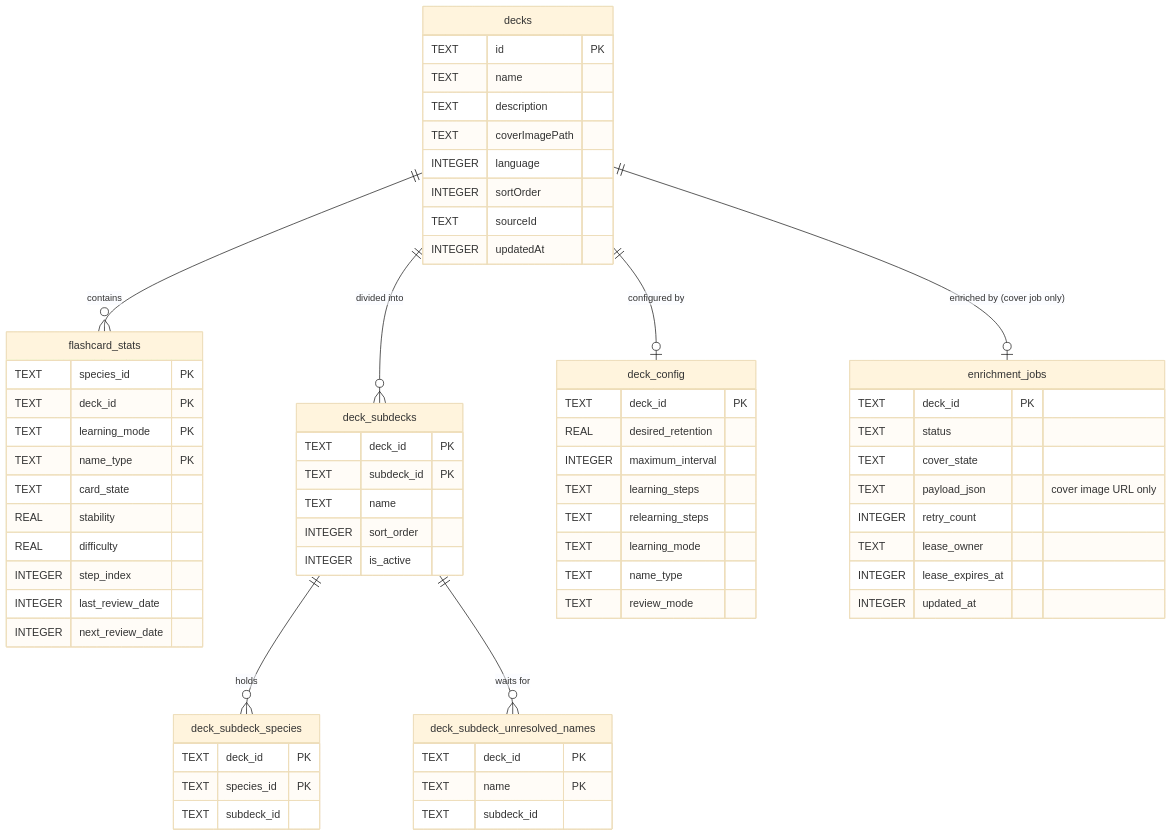
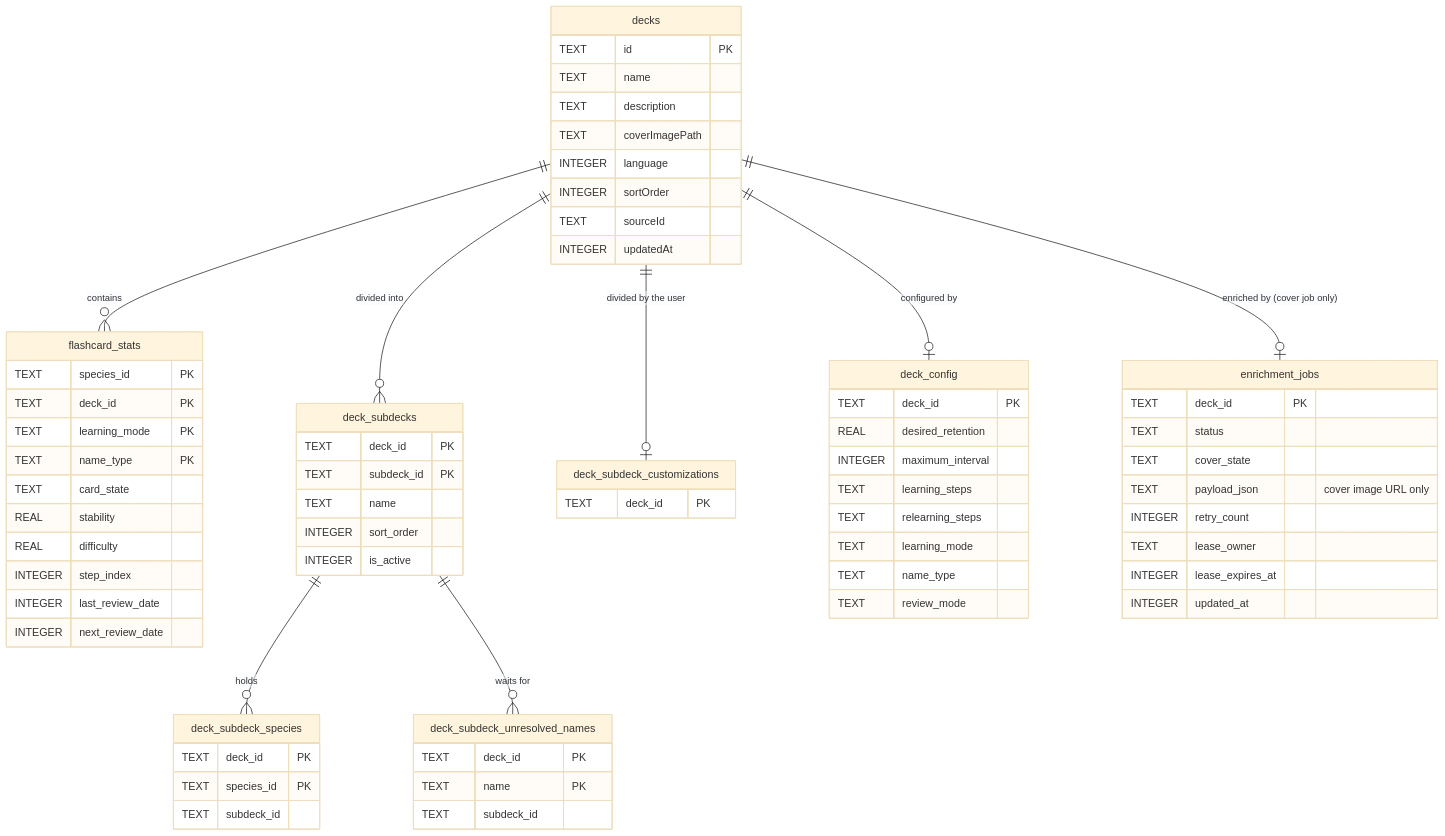
The diagram in docs/architecture-overview.md (discere-app/discere), drawn with Mermaid (base theme) before and after one commit. The commit also changed other lines of this file and 16 other files, not shown here.

````diff
--- a/docs/architecture-overview.md
+++ b/docs/architecture-overview.md
@@ -314,75 +314,80 @@
 ```mermaid
 erDiagram
     decks {
         TEXT id PK
         TEXT name
         TEXT description
         TEXT coverImagePath
         INTEGER language
         INTEGER sortOrder
         TEXT sourceId
         INTEGER updatedAt
     }
 
     flashcard_stats {
         TEXT species_id PK
         TEXT deck_id PK
         TEXT learning_mode PK
         TEXT name_type PK
         TEXT card_state
         REAL stability
         REAL difficulty
         INTEGER step_index
         INTEGER last_review_date
         INTEGER next_review_date
     }
 
     deck_subdecks {
         TEXT deck_id PK
         TEXT subdeck_id PK
         TEXT name
         INTEGER sort_order
         INTEGER is_active
     }
 
     deck_subdeck_species {
         TEXT deck_id PK
         TEXT species_id PK
         TEXT subdeck_id
     }
 
     deck_subdeck_unresolved_names {
         TEXT deck_id PK
         TEXT name PK
         TEXT subdeck_id
     }
 
+    deck_subdeck_customizations {
+        TEXT deck_id PK
+    }
+
     deck_config {
         TEXT deck_id PK
         REAL desired_retention
         INTEGER maximum_interval
         TEXT learning_steps
         TEXT relearning_steps
         TEXT learning_mode
         TEXT name_type
         TEXT review_mode
     }
 
     enrichment_jobs {
         TEXT deck_id PK
         TEXT status
         TEXT cover_state
         TEXT payload_json "cover image URL only"
         INTEGER retry_count
         TEXT lease_owner
         INTEGER lease_expires_at
         INTEGER updated_at
     }
 
     decks ||--o{ flashcard_stats : "contains"
     decks ||--o{ deck_subdecks : "divided into"
     deck_subdecks ||--o{ deck_subdeck_species : "holds"
     deck_subdecks ||--o{ deck_subdeck_unresolved_names : "waits for"
+    decks ||--o| deck_subdeck_customizations : "divided by the user"
     decks ||--o| deck_config : "configured by"
     decks ||--o| enrichment_jobs : "enriched by (cover job only)"
 ```
````
